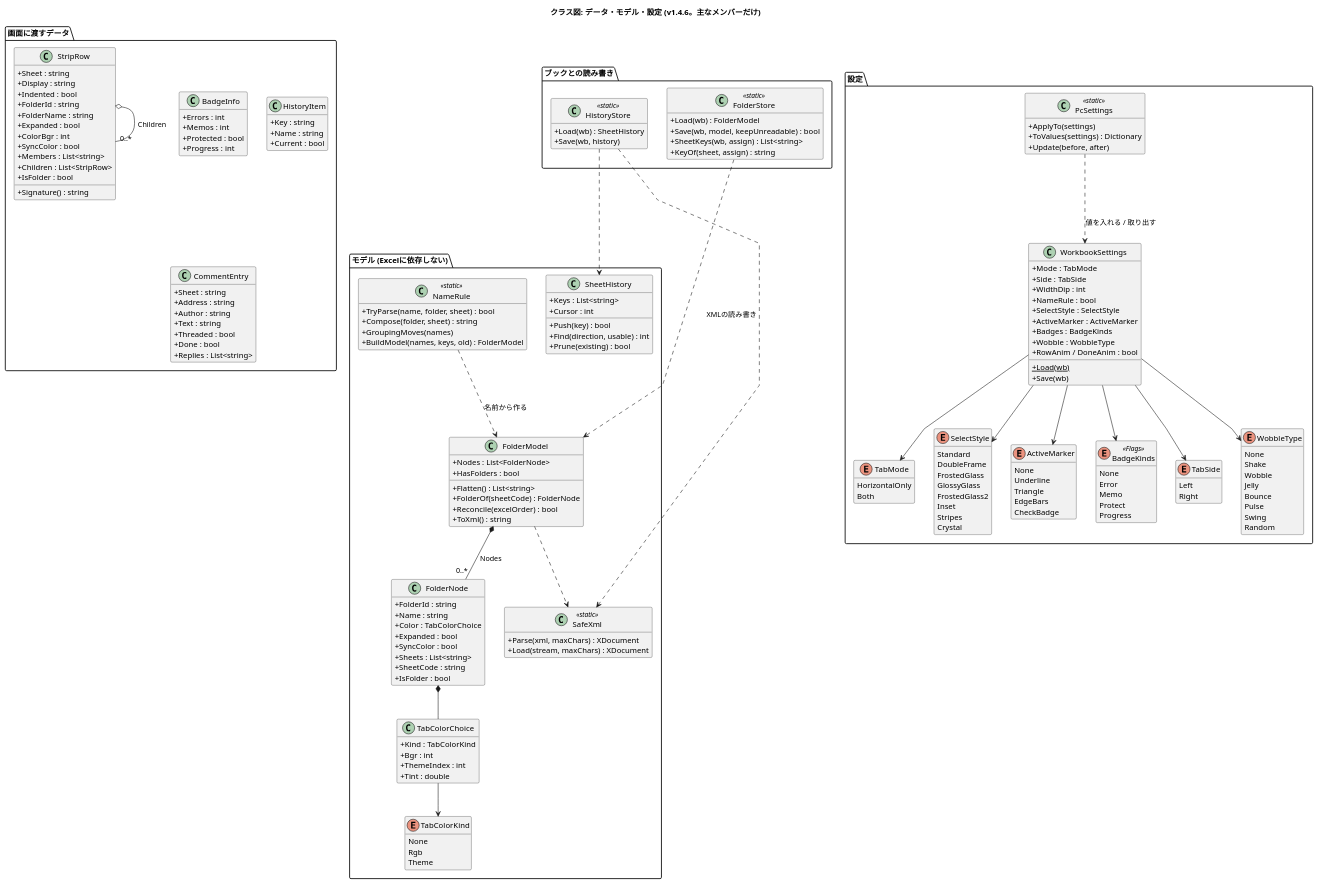
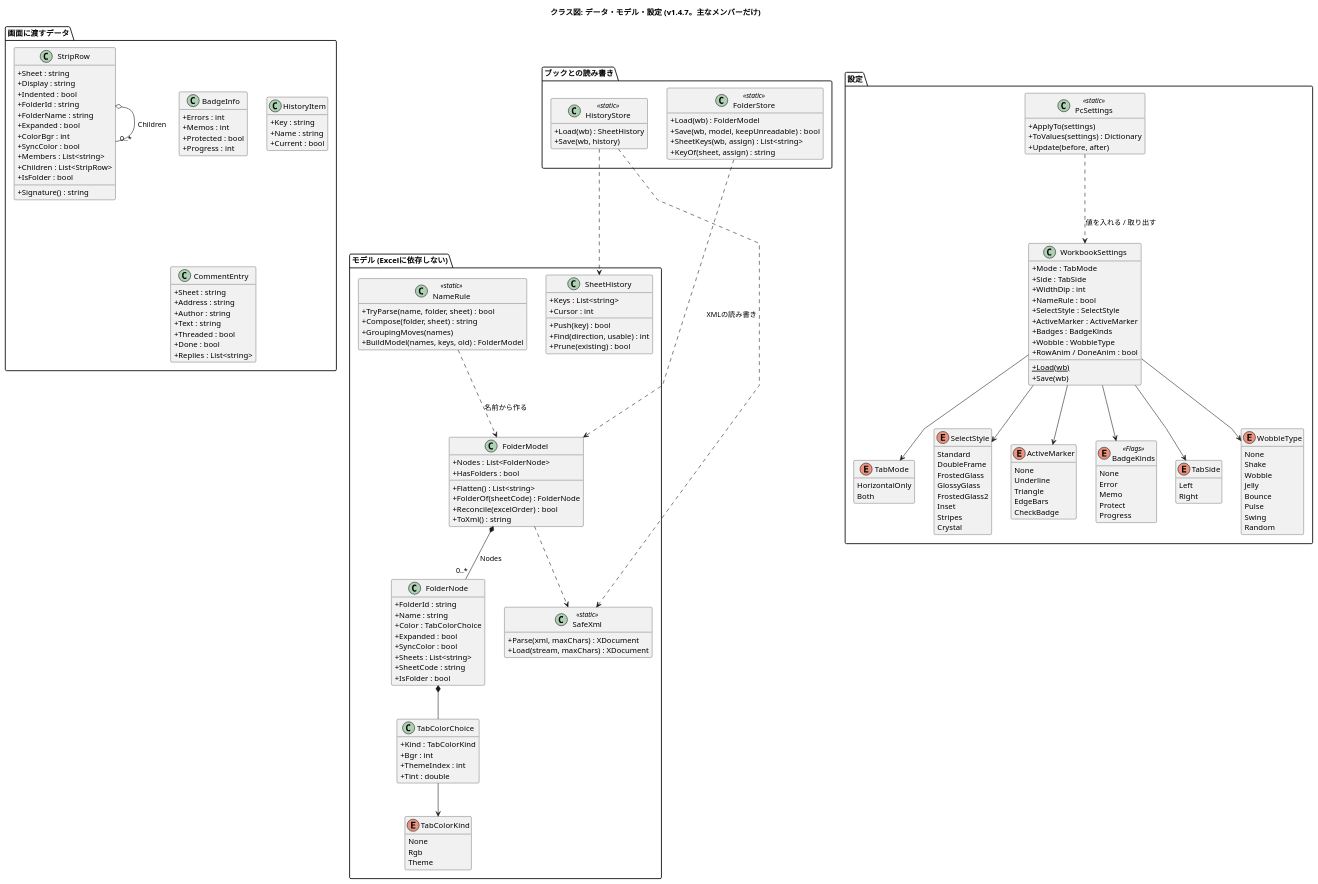
Before and after one commit to nk-taka623/VerticalSheetTabs: the diagram in docs/class-data.puml, drawn with PlantUML. The commit also changed 14 other files, not shown here.

Commit message:
v1.4.7 にする (バージョン、README の変更点、設計図の版数)

```diff
--- a/docs/class-data.puml
+++ b/docs/class-data.puml
@@ -1,188 +1,188 @@
 @startuml
-title クラス図: データ・モデル・設定 (v1.4.6。主なメンバーだけ)
+title クラス図: データ・モデル・設定 (v1.4.7。主なメンバーだけ)
 skinparam shadowing false
 skinparam classAttributeIconSize 0
 skinparam linetype polyline
 hide empty members
 
 package "モデル (Excelに依存しない)" {
   class FolderModel {
     +Nodes : List<FolderNode>
     +HasFolders : bool
     +Flatten() : List<string>
     +FolderOf(sheetCode) : FolderNode
     +Reconcile(excelOrder) : bool
     +ToXml() : string
   }
   class FolderNode {
     +FolderId : string
     +Name : string
     +Color : TabColorChoice
     +Expanded : bool
     +SyncColor : bool
     +Sheets : List<string>
     +SheetCode : string
     +IsFolder : bool
   }
   class TabColorChoice {
     +Kind : TabColorKind
     +Bgr : int
     +ThemeIndex : int
     +Tint : double
   }
   enum TabColorKind {
     None
     Rgb
     Theme
   }
   class SheetHistory {
     +Keys : List<string>
     +Cursor : int
     +Push(key) : bool
     +Find(direction, usable) : int
     +Prune(existing) : bool
   }
   class NameRule <<static>> {
     +TryParse(name, folder, sheet) : bool
     +Compose(folder, sheet) : string
     +GroupingMoves(names)
     +BuildModel(names, keys, old) : FolderModel
   }
   class SafeXml <<static>> {
     +Parse(xml, maxChars) : XDocument
     +Load(stream, maxChars) : XDocument
   }
 }
 
 package "ブックとの読み書き" {
   class FolderStore <<static>> {
     +Load(wb) : FolderModel
     +Save(wb, model, keepUnreadable) : bool
     +SheetKeys(wb, assign) : List<string>
     +KeyOf(sheet, assign) : string
   }
   class HistoryStore <<static>> {
     +Load(wb) : SheetHistory
     +Save(wb, history)
   }
 }
 
 package "設定" {
   class WorkbookSettings {
     +Mode : TabMode
     +Side : TabSide
     +WidthDip : int
     +NameRule : bool
     +SelectStyle : SelectStyle
     +ActiveMarker : ActiveMarker
     +Badges : BadgeKinds
     +Wobble : WobbleType
     +RowAnim / DoneAnim : bool
     +Load(wb) {static}
     +Save(wb)
   }
   class PcSettings <<static>> {
     +ApplyTo(settings)
     +ToValues(settings) : Dictionary
     +Update(before, after)
   }
   enum TabMode {
     HorizontalOnly
     Both
   }
   enum SelectStyle {
     Standard
     DoubleFrame
     FrostedGlass
     GlossyGlass
     FrostedGlass2
     Inset
     Stripes
     Crystal
   }
   enum ActiveMarker {
     None
     Underline
     Triangle
     EdgeBars
     CheckBadge
   }
   enum BadgeKinds <<Flags>> {
     None
     Error
     Memo
     Protect
     Progress
   }
   enum TabSide {
     Left
     Right
   }
   enum WobbleType {
     None
     Shake
     Wobble
     Jelly
     Bounce
     Pulse
     Swing
     Random
   }
 }
 
 package "画面に渡すデータ" {
   class StripRow {
     +Sheet : string
     +Display : string
     +Indented : bool
     +FolderId : string
     +FolderName : string
     +Expanded : bool
     +ColorBgr : int
     +SyncColor : bool
     +Members : List<string>
     +Children : List<StripRow>
     +IsFolder : bool
     +Signature() : string
   }
   class BadgeInfo {
     +Errors : int
     +Memos : int
     +Protected : bool
     +Progress : int
   }
   class HistoryItem {
     +Key : string
     +Name : string
     +Current : bool
   }
   class CommentEntry {
     +Sheet : string
     +Address : string
     +Author : string
     +Text : string
     +Threaded : bool
     +Done : bool
     +Replies : List<string>
   }
 }
 
 FolderModel *-- "0..*" FolderNode : Nodes
 FolderNode *-- TabColorChoice
 TabColorChoice --> TabColorKind
 StripRow o-- "0..*" StripRow : Children
 
 FolderStore ..> FolderModel : XMLの読み書き
 FolderModel ..> SafeXml
 HistoryStore ..> SheetHistory
 HistoryStore ..> SafeXml
 NameRule ..> FolderModel : 名前から作る
 
 WorkbookSettings --> TabMode
 WorkbookSettings --> TabSide
 WorkbookSettings --> SelectStyle
 WorkbookSettings --> ActiveMarker
 WorkbookSettings --> BadgeKinds
 WorkbookSettings --> WobbleType
 PcSettings ..> WorkbookSettings : 値を入れる / 取り出す
 @enduml
```
